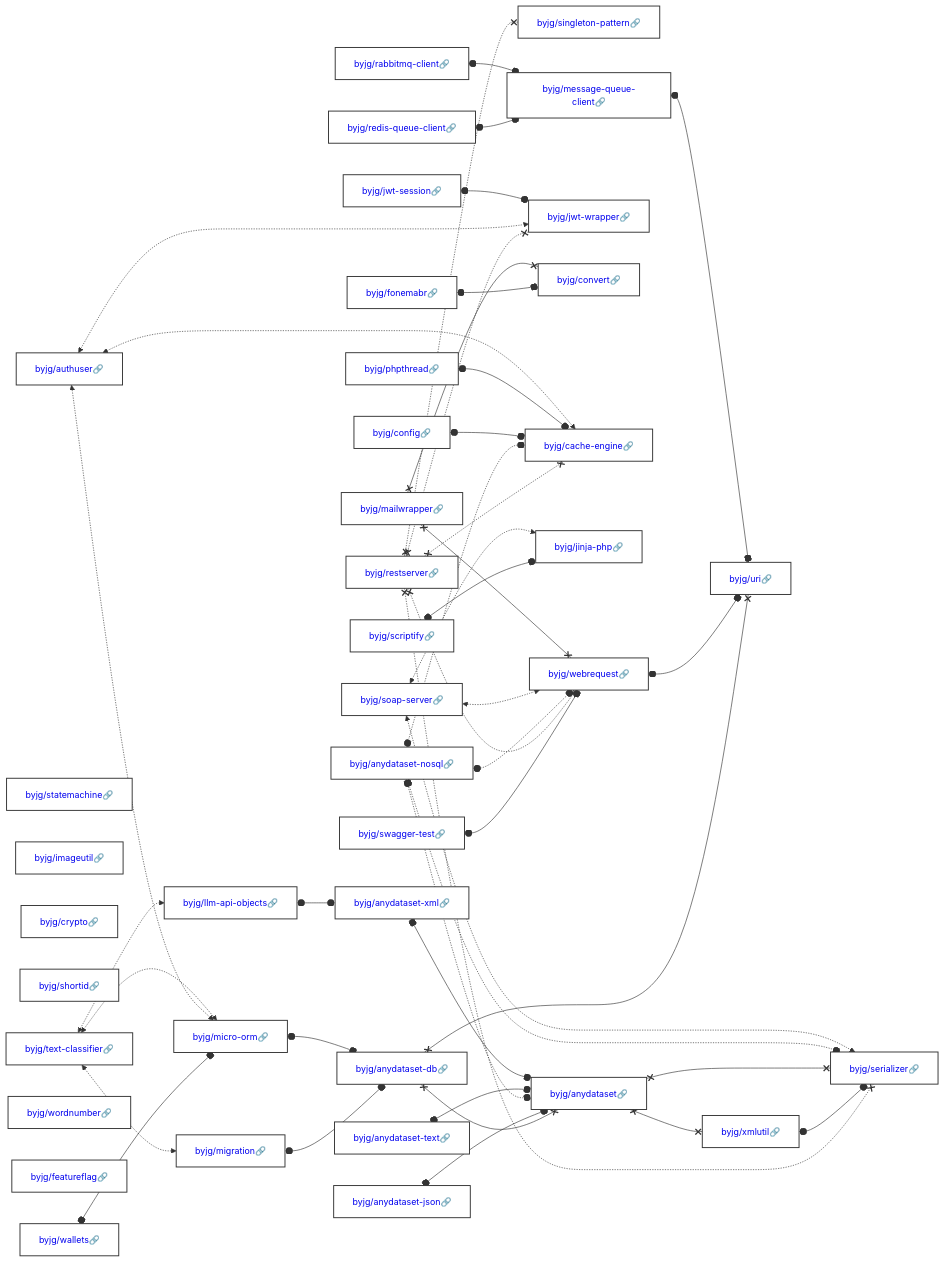
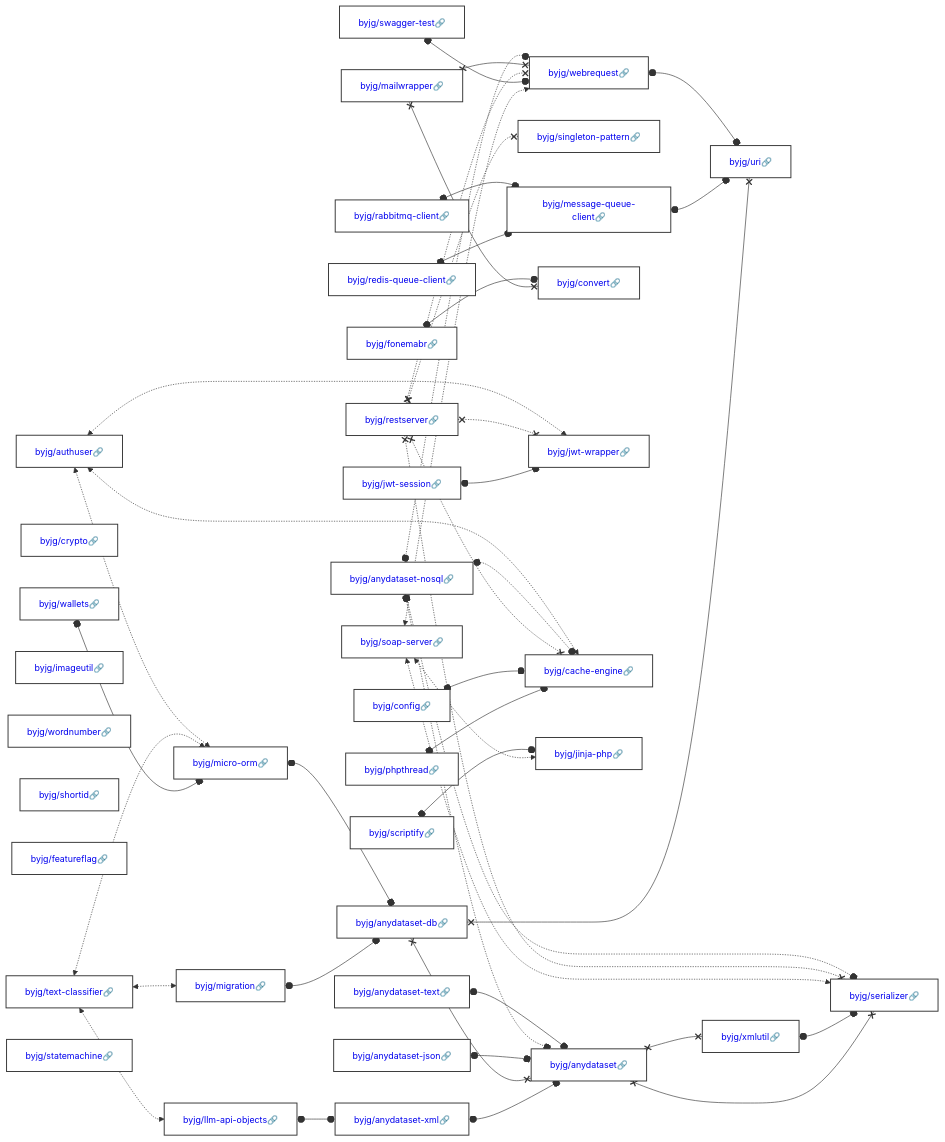
One commit to byjg/byjg.github.io changed the diagram in docs/php/README.md. Above: the diagram before and after it, drawn with Mermaid. The commit also changed other lines of this file and 10 other files, not shown here.

Commit message:
Update documentation 'php' 'php-swagger-test'

````diff
--- a/docs/php/README.md
+++ b/docs/php/README.md
@@ -3,86 +3,86 @@
 ```mermaid
 graph LR;
   byjg/authuser[<a href='https://opensource.byjg.com/docs/php/authuser' style='text-decoration:none'>byjg/authuser🔗</a>];
-  byjg/statemachine[<a href='https://opensource.byjg.com/docs/php/statemachine' style='text-decoration:none'>byjg/statemachine🔗</a>];
-  byjg/scriptify[<a href='https://opensource.byjg.com/docs/php/scriptify' style='text-decoration:none'>byjg/scriptify🔗</a>];
+  byjg/rabbitmq-client[<a href='https://opensource.byjg.com/docs/php/rabbitmq-client' style='text-decoration:none'>byjg/rabbitmq-client🔗</a>];
+  byjg/crypto[<a href='https://opensource.byjg.com/docs/php/crypto' style='text-decoration:none'>byjg/crypto🔗</a>];
   byjg/redis-queue-client[<a href='https://opensource.byjg.com/docs/php/redis-queue-client' style='text-decoration:none'>byjg/redis-queue-client🔗</a>];
   byjg/restserver[<a href='https://opensource.byjg.com/docs/php/restserver' style='text-decoration:none'>byjg/restserver🔗</a>];
+  byjg/swagger-test[<a href='https://opensource.byjg.com/docs/php/swagger-test' style='text-decoration:none'>byjg/swagger-test🔗</a>];
+  byjg/text-classifier[<a href='https://opensource.byjg.com/docs/php/text-classifier' style='text-decoration:none'>byjg/text-classifier🔗</a>];
+  byjg/soap-server[<a href='https://opensource.byjg.com/docs/php/soap-server' style='text-decoration:none'>byjg/soap-server🔗</a>];
+  byjg/anydataset-text[<a href='https://opensource.byjg.com/docs/php/anydataset-text' style='text-decoration:none'>byjg/anydataset-text🔗</a>];
   byjg/imageutil[<a href='https://opensource.byjg.com/docs/php/imageutil' style='text-decoration:none'>byjg/imageutil🔗</a>];
   byjg/anydataset-nosql[<a href='https://opensource.byjg.com/docs/php/anydataset-nosql' style='text-decoration:none'>byjg/anydataset-nosql🔗</a>];
-  byjg/rabbitmq-client[<a href='https://opensource.byjg.com/docs/php/rabbitmq-client' style='text-decoration:none'>byjg/rabbitmq-client🔗</a>];
-  byjg/crypto[<a href='https://opensource.byjg.com/docs/php/crypto' style='text-decoration:none'>byjg/crypto🔗</a>];
+  byjg/mailwrapper[<a href='https://opensource.byjg.com/docs/php/mailwrapper' style='text-decoration:none'>byjg/mailwrapper🔗</a>];
+  byjg/wordnumber[<a href='https://opensource.byjg.com/docs/php/wordnumber' style='text-decoration:none'>byjg/wordnumber🔗</a>];
+  byjg/phpthread[<a href='https://opensource.byjg.com/docs/php/phpthread' style='text-decoration:none'>byjg/phpthread🔗</a>];
   byjg/shortid[<a href='https://opensource.byjg.com/docs/php/shortid' style='text-decoration:none'>byjg/shortid🔗</a>];
-  byjg/swagger-test[<a href='https://opensource.byjg.com/docs/php/swagger-test' style='text-decoration:none'>byjg/swagger-test🔗</a>];
-  byjg/text-classifier[<a href='https://opensource.byjg.com/docs/php/text-classifier' style='text-decoration:none'>byjg/text-classifier🔗</a>];
+  byjg/fonemabr[<a href='https://opensource.byjg.com/docs/php/fonemabr' style='text-decoration:none'>byjg/fonemabr🔗</a>];
   byjg/jwt-session[<a href='https://opensource.byjg.com/docs/php/jwt-session' style='text-decoration:none'>byjg/jwt-session🔗</a>];
-  byjg/mailwrapper[<a href='https://opensource.byjg.com/docs/php/mailwrapper' style='text-decoration:none'>byjg/mailwrapper🔗</a>];
+  byjg/config[<a href='https://opensource.byjg.com/docs/php/config' style='text-decoration:none'>byjg/config🔗</a>];
+  byjg/featureflag[<a href='https://opensource.byjg.com/docs/php/featureflag' style='text-decoration:none'>byjg/featureflag🔗</a>];
   byjg/anydataset-json[<a href='https://opensource.byjg.com/docs/php/anydataset-json' style='text-decoration:none'>byjg/anydataset-json🔗</a>];
-  byjg/wordnumber[<a href='https://opensource.byjg.com/docs/php/wordnumber' style='text-decoration:none'>byjg/wordnumber🔗</a>];
-  byjg/featureflag[<a href='https://opensource.byjg.com/docs/php/featureflag' style='text-decoration:none'>byjg/featureflag🔗</a>];
-  byjg/phpthread[<a href='https://opensource.byjg.com/docs/php/phpthread' style='text-decoration:none'>byjg/phpthread🔗</a>];
+  byjg/scriptify[<a href='https://opensource.byjg.com/docs/php/scriptify' style='text-decoration:none'>byjg/scriptify🔗</a>];
   byjg/wallets[<a href='https://opensource.byjg.com/docs/php/wallets' style='text-decoration:none'>byjg/wallets🔗</a>];
-  byjg/fonemabr[<a href='https://opensource.byjg.com/docs/php/fonemabr' style='text-decoration:none'>byjg/fonemabr🔗</a>];
-  byjg/config[<a href='https://opensource.byjg.com/docs/php/config' style='text-decoration:none'>byjg/config🔗</a>];
-  byjg/anydataset-text[<a href='https://opensource.byjg.com/docs/php/anydataset-text' style='text-decoration:none'>byjg/anydataset-text🔗</a>];
-  byjg/soap-server[<a href='https://opensource.byjg.com/docs/php/soap-server' style='text-decoration:none'>byjg/soap-server🔗</a>];
+  byjg/statemachine[<a href='https://opensource.byjg.com/docs/php/statemachine' style='text-decoration:none'>byjg/statemachine🔗</a>];
+  byjg/message-queue-client[<a href='https://opensource.byjg.com/docs/php/message-queue-client' style='text-decoration:none'>byjg/message-queue-client🔗</a>];
   byjg/singleton-pattern[<a href='https://opensource.byjg.com/docs/php/singleton-pattern' style='text-decoration:none'>byjg/singleton-pattern🔗</a>];
-  byjg/message-queue-client[<a href='https://opensource.byjg.com/docs/php/message-queue-client' style='text-decoration:none'>byjg/message-queue-client🔗</a>];
   byjg/migration[<a href='https://opensource.byjg.com/docs/php/migration' style='text-decoration:none'>byjg/migration🔗</a>];
   byjg/llm-api-objects[<a href='https://opensource.byjg.com/docs/php/llm-api-objects' style='text-decoration:none'>byjg/llm-api-objects🔗</a>];
+  byjg/webrequest[<a href='https://opensource.byjg.com/docs/php/webrequest' style='text-decoration:none'>byjg/webrequest🔗</a>];
+  byjg/convert[<a href='https://opensource.byjg.com/docs/php/convert' style='text-decoration:none'>byjg/convert🔗</a>];
   byjg/jwt-wrapper[<a href='https://opensource.byjg.com/docs/php/jwt-wrapper' style='text-decoration:none'>byjg/jwt-wrapper🔗</a>];
-  byjg/micro-orm[<a href='https://opensource.byjg.com/docs/php/micro-orm' style='text-decoration:none'>byjg/micro-orm🔗</a>];
-  byjg/convert[<a href='https://opensource.byjg.com/docs/php/convert' style='text-decoration:none'>byjg/convert🔗</a>];
   byjg/cache-engine[<a href='https://opensource.byjg.com/docs/php/cache-engine' style='text-decoration:none'>byjg/cache-engine🔗</a>];
   byjg/jinja-php[<a href='https://opensource.byjg.com/docs/php/jinja-php' style='text-decoration:none'>byjg/jinja-php🔗</a>];
-  byjg/webrequest[<a href='https://opensource.byjg.com/docs/php/webrequest' style='text-decoration:none'>byjg/webrequest🔗</a>];
+  byjg/micro-orm[<a href='https://opensource.byjg.com/docs/php/micro-orm' style='text-decoration:none'>byjg/micro-orm🔗</a>];
   byjg/anydataset-xml[<a href='https://opensource.byjg.com/docs/php/anydataset-xml' style='text-decoration:none'>byjg/anydataset-xml🔗</a>];
   byjg/anydataset-db[<a href='https://opensource.byjg.com/docs/php/anydataset-db' style='text-decoration:none'>byjg/anydataset-db🔗</a>];
   byjg/anydataset[<a href='https://opensource.byjg.com/docs/php/anydataset' style='text-decoration:none'>byjg/anydataset🔗</a>];
   byjg/uri[<a href='https://opensource.byjg.com/docs/php/uri' style='text-decoration:none'>byjg/uri🔗</a>];
   byjg/xmlutil[<a href='https://opensource.byjg.com/docs/php/xmlutil' style='text-decoration:none'>byjg/xmlutil🔗</a>];
   byjg/serializer[<a href='https://opensource.byjg.com/docs/php/serializer' style='text-decoration:none'>byjg/serializer🔗</a>];
-  byjg/anydataset-db x--x byjg/anydataset;
-  byjg/anydataset-db x--x byjg/uri;
-  byjg/anydataset-json o--o byjg/anydataset;
-  byjg/wallets o--o byjg/micro-orm;
-  byjg/swagger-test o--o byjg/webrequest;
+  byjg/authuser <-.-> byjg/micro-orm;
+  byjg/authuser <-.-> byjg/cache-engine;
+  byjg/authuser <-.-> byjg/jwt-wrapper;
   byjg/webrequest o--o byjg/uri;
+  byjg/rabbitmq-client o--o byjg/message-queue-client;
+  byjg/llm-api-objects o--o byjg/anydataset-xml;
+  byjg/anydataset-text o--o byjg/anydataset;
+  byjg/fonemabr o--o byjg/convert;
+  byjg/anydataset-nosql o-.-o byjg/anydataset;
+  byjg/anydataset-nosql o-.-o byjg/serializer;
+  byjg/anydataset-nosql o-.-o byjg/webrequest;
+  byjg/anydataset-nosql o-.-o byjg/cache-engine;
+  byjg/mailwrapper x--x byjg/convert;
+  byjg/mailwrapper x--x byjg/webrequest;
   byjg/restserver x-.-x byjg/serializer;
   byjg/restserver x-.-x byjg/singleton-pattern;
   byjg/restserver x-.-x byjg/cache-engine;
   byjg/restserver x-.-x byjg/webrequest;
   byjg/restserver x-.-x byjg/jwt-wrapper;
+  byjg/swagger-test o--o byjg/webrequest;
+  byjg/scriptify o--o byjg/jinja-php;
+  byjg/soap-server <-.-> byjg/jinja-php;
+  byjg/soap-server <-.-> byjg/webrequest;
+  byjg/soap-server <-.-> byjg/serializer;
   byjg/xmlutil o--o byjg/serializer;
+  byjg/anydataset-json o--o byjg/anydataset;
+  byjg/message-queue-client o--o byjg/uri;
+  byjg/anydataset-db x--x byjg/anydataset;
+  byjg/anydataset-db x--x byjg/uri;
+  byjg/config o--o byjg/cache-engine;
+  byjg/micro-orm o--o byjg/anydataset-db;
+  byjg/jwt-session o--o byjg/jwt-wrapper;
   byjg/migration o--o byjg/anydataset-db;
   byjg/anydataset x--x byjg/serializer;
   byjg/anydataset x--x byjg/xmlutil;
-  byjg/micro-orm o--o byjg/anydataset-db;
-  byjg/scriptify o--o byjg/jinja-php;
-  byjg/anydataset-nosql o-.-o byjg/anydataset;
-  byjg/anydataset-nosql o-.-o byjg/serializer;
-  byjg/anydataset-nosql o-.-o byjg/webrequest;
-  byjg/anydataset-nosql o-.-o byjg/cache-engine;
-  byjg/config o--o byjg/cache-engine;
   byjg/phpthread o--o byjg/cache-engine;
-  byjg/message-queue-client o--o byjg/uri;
-  byjg/llm-api-objects o--o byjg/anydataset-xml;
   byjg/redis-queue-client o--o byjg/message-queue-client;
-  byjg/anydataset-text o--o byjg/anydataset;
-  byjg/rabbitmq-client o--o byjg/message-queue-client;
-  byjg/authuser <-.-> byjg/micro-orm;
-  byjg/authuser <-.-> byjg/cache-engine;
-  byjg/authuser <-.-> byjg/jwt-wrapper;
   byjg/text-classifier <-.-> byjg/micro-orm;
   byjg/text-classifier <-.-> byjg/migration;
   byjg/text-classifier <-.-> byjg/llm-api-objects;
-  byjg/jwt-session o--o byjg/jwt-wrapper;
-  byjg/fonemabr o--o byjg/convert;
-  byjg/soap-server <-.-> byjg/jinja-php;
-  byjg/soap-server <-.-> byjg/webrequest;
-  byjg/soap-server <-.-> byjg/serializer;
-  byjg/mailwrapper x--x byjg/convert;
-  byjg/mailwrapper x--x byjg/webrequest;
   byjg/anydataset-xml o--o byjg/anydataset;
+  byjg/wallets o--o byjg/micro-orm;
   classDef default fill:#ffffff,stroke:#333,stroke-width:1.5px,color:#000,font-size:14px;
   classDef highlight fill:#ffef96,stroke:#ff9900,stroke-width:3px;
   classDef deprecated fill:#f8f8f8,stroke:#cccccc,stroke-dasharray: 5 5,stroke-width:1px,color:#999;
````
